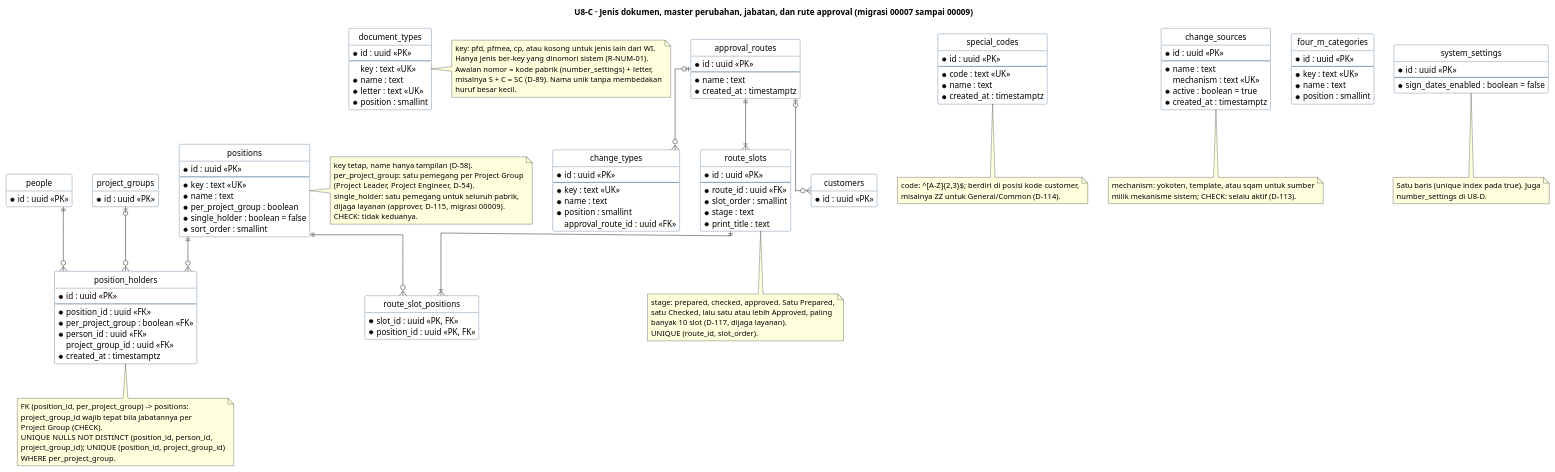
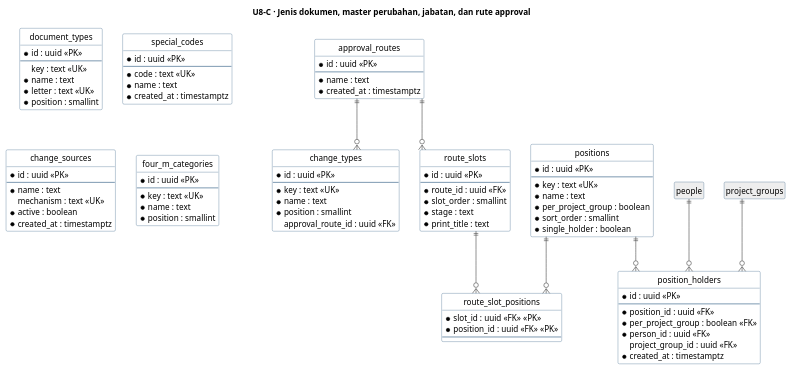
The third of 10 diagrams in docs/uml/U8-erd.puml (dkpauzi/revioten), drawn with PlantUML before and after one commit. The commit also changed other lines of this file and 61 other files, not shown here.

First line of the commit message:
D-194 (layar), UML draft 0.16, dan temuan E-126 sampai E-128

```diff
--- a/docs/uml/U8-erd.puml
+++ b/docs/uml/U8-erd.puml
@@ -280,170 +229,108 @@
-@startuml U8-C-dokumen-perubahan-rute
+@startuml U8-C-perubahan-dan-rute
 hide circle
 hide empty members
 skinparam linetype ortho
 skinparam shadowing false
 skinparam ArrowColor #444444
 skinparam ClassBorderColor #1F4E79
 skinparam ClassBackgroundColor #FFFFFF
 
-title U8-C · Jenis dokumen, master perubahan, jabatan, dan rute approval (migrasi 00007 sampai 00009)
+title U8-C · Jenis dokumen, master perubahan, jabatan, dan rute approval
 
 entity "document_types" as document_types {
   * id : uuid <<PK>>
   --
   key : text <<UK>>
   * name : text
   * letter : text <<UK>>
   * position : smallint
 }
 
 entity "special_codes" as special_codes {
   * id : uuid <<PK>>
   --
   * code : text <<UK>>
   * name : text
   * created_at : timestamptz
 }
 
 entity "change_types" as change_types {
   * id : uuid <<PK>>
   --
   * key : text <<UK>>
   * name : text
   * position : smallint
   approval_route_id : uuid <<FK>>
 }
 
 entity "change_sources" as change_sources {
   * id : uuid <<PK>>
   --
   * name : text
   mechanism : text <<UK>>
-  * active : boolean = true
+  * active : boolean
   * created_at : timestamptz
 }
 
 entity "four_m_categories" as four_m_categories {
   * id : uuid <<PK>>
   --
   * key : text <<UK>>
   * name : text
   * position : smallint
 }
 
 entity "positions" as positions {
   * id : uuid <<PK>>
   --
   * key : text <<UK>>
   * name : text
   * per_project_group : boolean
-  * single_holder : boolean = false
   * sort_order : smallint
+  * single_holder : boolean
 }
 
 entity "position_holders" as position_holders {
   * id : uuid <<PK>>
   --
   * position_id : uuid <<FK>>
   * per_project_group : boolean <<FK>>
   * person_id : uuid <<FK>>
   project_group_id : uuid <<FK>>
   * created_at : timestamptz
 }
 
 entity "approval_routes" as approval_routes {
   * id : uuid <<PK>>
   --
   * name : text
   * created_at : timestamptz
 }
 
 entity "route_slots" as route_slots {
   * id : uuid <<PK>>
   --
   * route_id : uuid <<FK>>
   * slot_order : smallint
   * stage : text
   * print_title : text
 }
 
 entity "route_slot_positions" as route_slot_positions {
-  * slot_id : uuid <<PK, FK>>
-  * position_id : uuid <<PK, FK>>
+  * slot_id : uuid <<FK>> <<PK>>
+  * position_id : uuid <<FK>> <<PK>>
+  --
 }
 
-entity "system_settings" as system_settings {
-  * id : uuid <<PK>>
-  --
-  * sign_dates_enabled : boolean = false
-}
+entity "people" as people #EEEEEE
+entity "project_groups" as project_groups #EEEEEE
 
-entity "people" as people_c {
-  * id : uuid <<PK>>
-}
+approval_routes ||--o{ change_types
+people ||--o{ position_holders
+positions ||--o{ position_holders
+project_groups ||--o{ position_holders
+positions ||--o{ route_slot_positions
+route_slots ||--o{ route_slot_positions
+approval_routes ||--o{ route_slots
 
-entity "project_groups" as project_groups_c {
-  * id : uuid <<PK>>
-}
-
-entity "customers" as customers_c {
-  * id : uuid <<PK>>
-}
-
-positions ||--o{ position_holders
-people_c ||--o{ position_holders
-project_groups_c |o--o{ position_holders
-approval_routes ||--|{ route_slots
-route_slots ||--|{ route_slot_positions
-positions ||--o{ route_slot_positions
-approval_routes |o--o{ change_types
-approval_routes |o--o{ customers_c
-
-note right of document_types
-  key: pfd, pfmea, cp, atau kosong untuk jenis lain dari WI.
-  Hanya jenis ber-key yang dinomori sistem (R-NUM-01).
-  Awalan nomor = kode pabrik (number_settings) + letter,
-  misalnya S + C = SC (D-89). Nama unik tanpa membedakan
-  huruf besar kecil.
-end note
-
-note bottom of special_codes
-  code: ^[A-Z]{2,3}$; berdiri di posisi kode customer,
-  misalnya ZZ untuk General/Common (D-114).
-end note
-
-note bottom of change_sources
-  mechanism: yokoten, template, atau sqam untuk sumber
-  milik mekanisme sistem; CHECK: selalu aktif (D-113).
-end note
-
-note right of positions
-  key tetap, name hanya tampilan (D-58).
-  per_project_group: satu pemegang per Project Group
-  (Project Leader, Project Engineer, D-54).
-  single_holder: satu pemegang untuk seluruh pabrik,
-  dijaga layanan (approver, D-115, migrasi 00009).
-  CHECK: tidak keduanya.
-end note
-
-note bottom of position_holders
-  FK (position_id, per_project_group) -> positions:
-  project_group_id wajib tepat bila jabatannya per
-  Project Group (CHECK).
-  UNIQUE NULLS NOT DISTINCT (position_id, person_id,
-  project_group_id); UNIQUE (position_id, project_group_id)
-  WHERE per_project_group.
-end note
-
-note bottom of route_slots
-  stage: prepared, checked, approved. Satu Prepared,
-  satu Checked, lalu satu atau lebih Approved, paling
-  banyak 10 slot (D-117, dijaga layanan).
-  UNIQUE (route_id, slot_order).
-end note
-
-note bottom of system_settings
-  Satu baris (unique index pada true). Juga
-  number_settings di U8-D.
-end note
 @enduml
```
